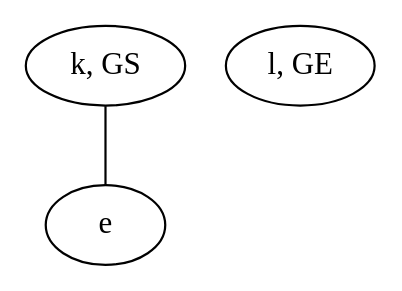
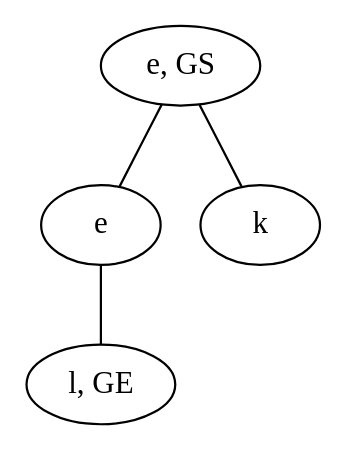
One commit to schrum2/MM-NEAT changed the diagram in data/VGLC/Zelda/rules/1/7_K-L.dot. Above: the diagram before and after it, drawn with Graphviz. The commit also changed 42 other files, not shown here.

Commit message:
Add bombable walls to Zelda Graph Grammar

```diff
--- a/data/VGLC/Zelda/rules/1/7_K-L.dot
+++ b/data/VGLC/Zelda/rules/1/7_K-L.dot
@@ -1,6 +1,9 @@
 graph {
-foHI [label="k, GS"]
-aPPe [label="l, GE"]
-lPlM [label="e"]
-foHI -- lPlM
+WrxG [label="e, GS"]
+sYuu [label="l, GE"]
+loUM [label="e"]
+qLMa [label="k"]
+WrxG -- loUM
+WrxG -- qLMa
+loUM -- sYuu
 }
```
